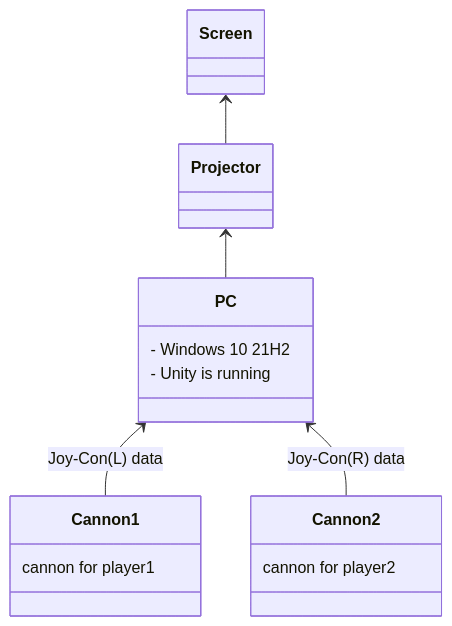
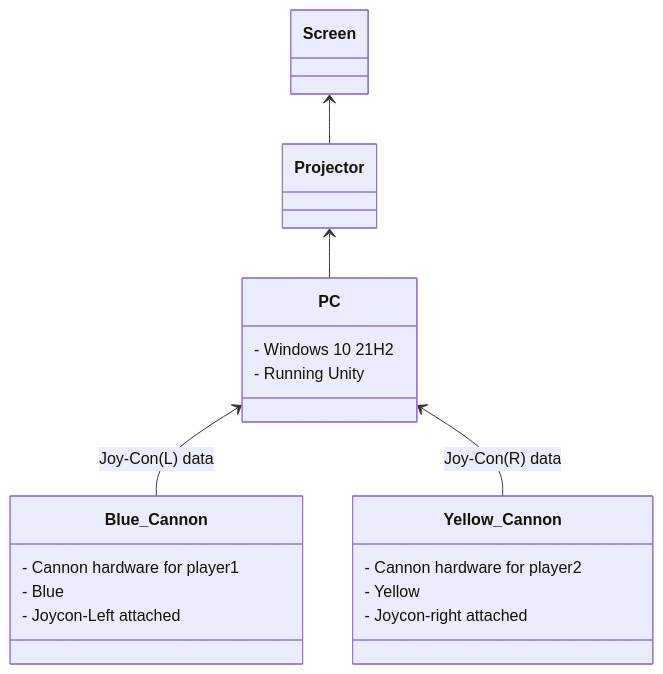
Before and after one commit to taichimurakami-github/-pub-_OpenRIEC_ColorWars: the first of 2 diagrams in README.md, drawn with Mermaid. The commit also changed other lines of this file, not shown here.

Commit message:
Update image styles, mermaid class Diagram, and break line

````diff
--- a/README.md
+++ b/README.md
@@ -54,21 +56,24 @@
 ```mermaid
+
 classDiagram
-class Projector
+
 class PC{
   - Windows 10 21H2
-  - Unity is running
+  - Running Unity
 }
-class Cannon1{
-  cannon for player1
+class Blue_Cannon{
+  - Cannon hardware for player1
+  - Blue
+  - Joycon-Left attached
 }
-class Cannon2{
-  cannon for player2
+class Yellow_Cannon{
+  - Cannon hardware for player2
+  - Yellow
+  - Joycon-right attached
 }
   Screen <-- Projector
   Projector <-- PC
-  PC <-- Cannon1 : Joy-Con(L) data
-  PC <-- Cannon2 : Joy-Con(R) data
-
-
+  PC <-- Blue_Cannon : Joy-Con(L) data
+  PC <-- Yellow_Cannon : Joy-Con(R) data
 
 ```
````
